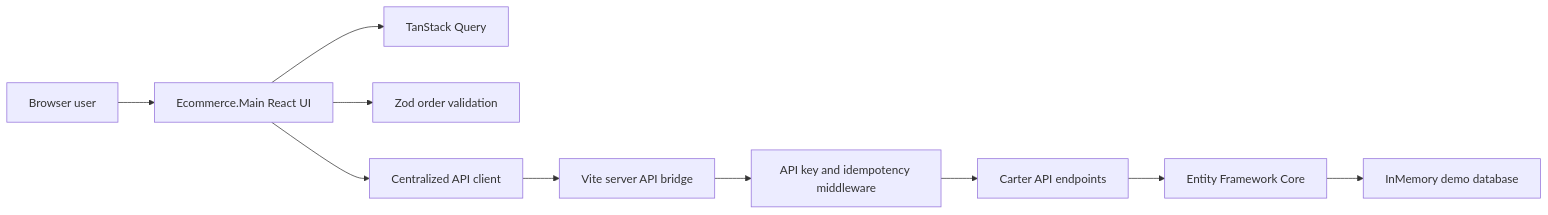
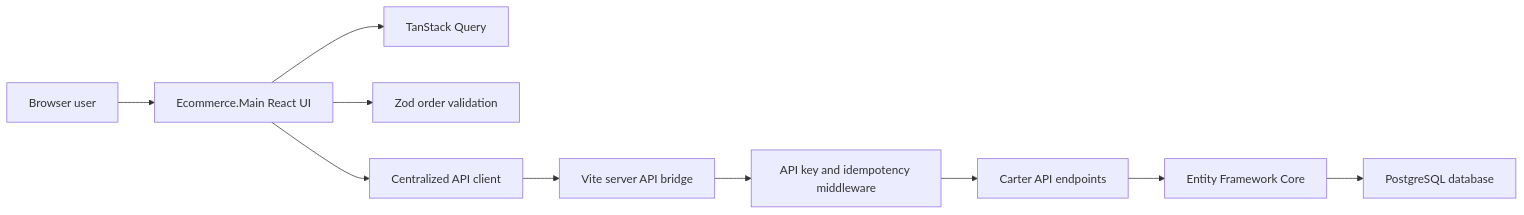
Before and after one commit to pa3cknavarro/SampleProjects: the diagram in README.md, drawn with Mermaid. The commit also changed other lines of this file and 105 other files, not shown here.

````diff
--- a/README.md
+++ b/README.md
@@ -18,12 +18,12 @@
 ```mermaid
 flowchart LR
     User[Browser user] --> React[Ecommerce.Main React UI]
     React --> Query[TanStack Query]
     React --> Zod[Zod order validation]
     React --> Client[Centralized API client]
     Client --> Proxy[Vite server API bridge]
     Proxy --> Middleware[API key and idempotency middleware]
     Middleware --> Carter[Carter API endpoints]
     Carter --> EF[Entity Framework Core]
-    EF --> Store[InMemory demo database]
+    EF --> Store[PostgreSQL database]
 ```
````
